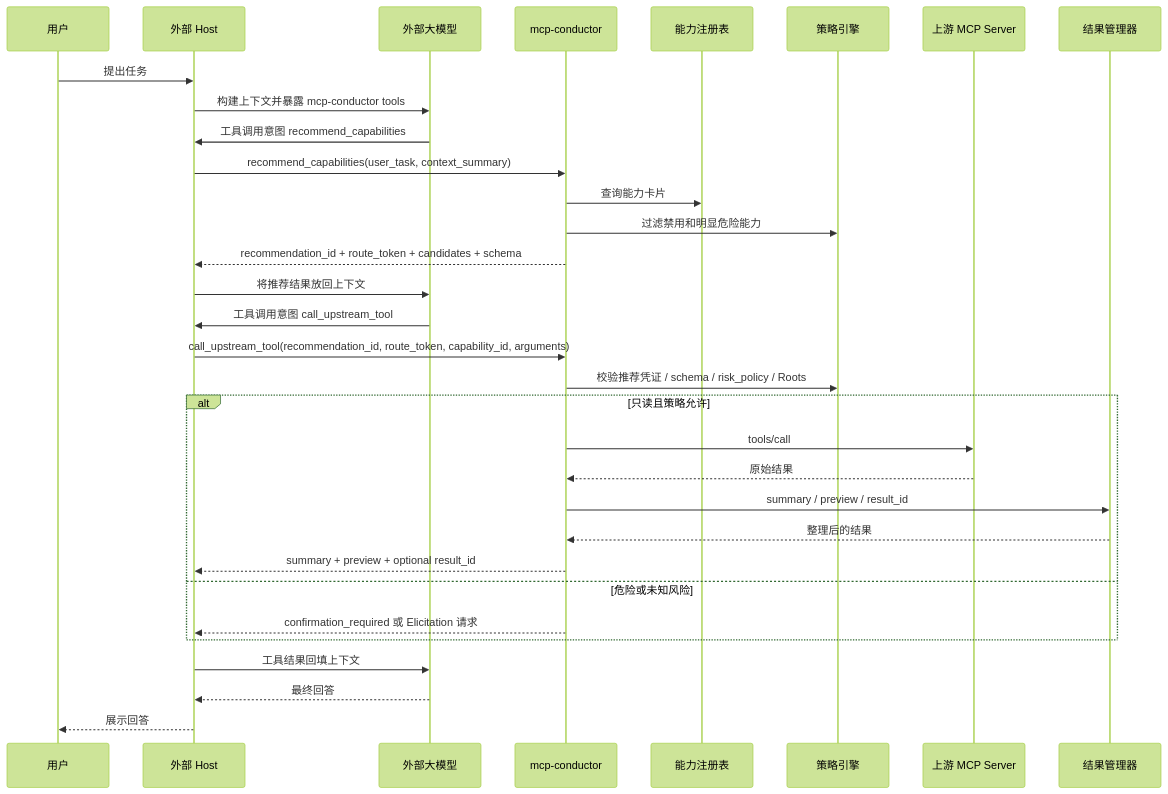
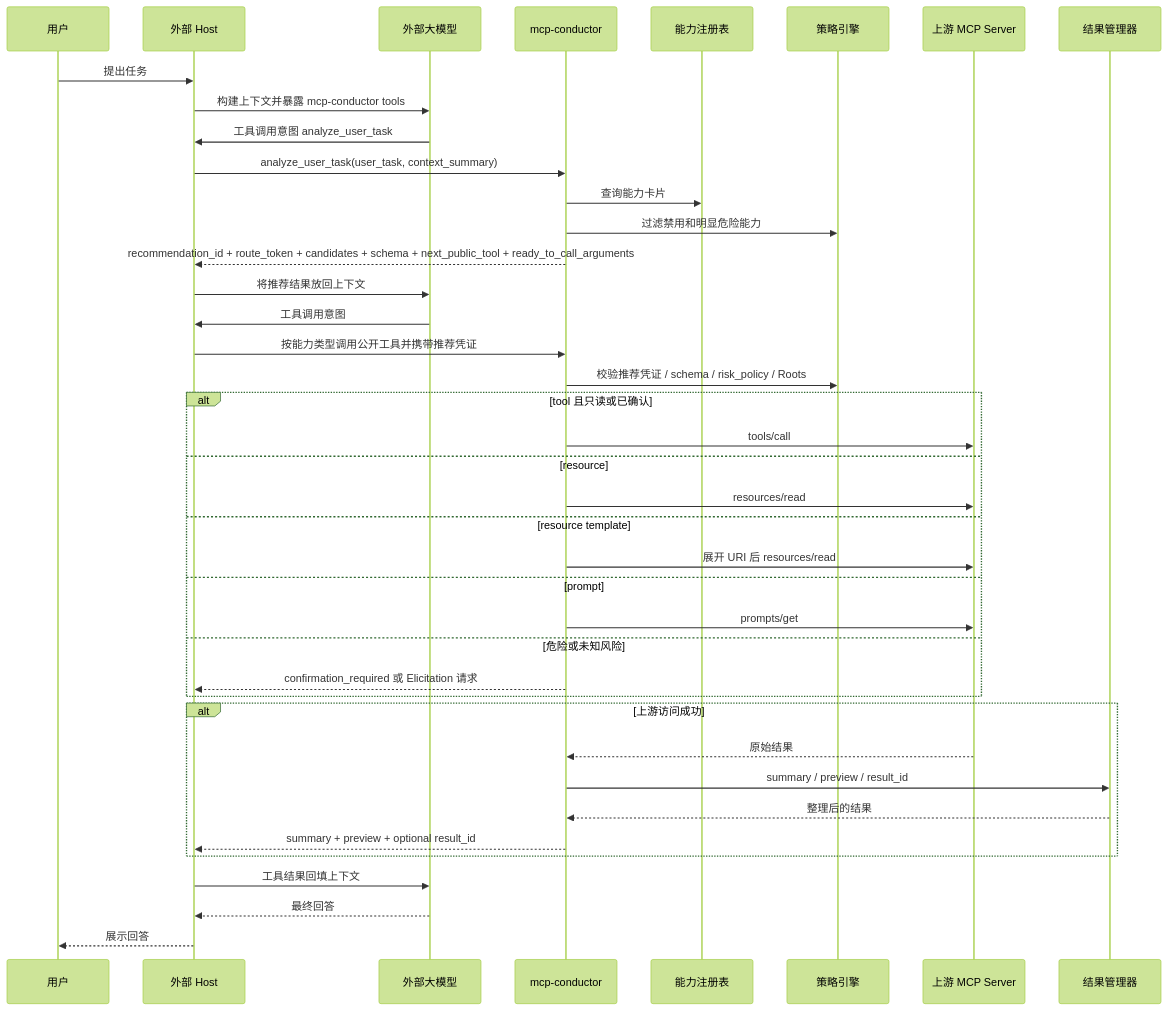
Before and after one commit to TangRj-Git/mcp-conductor: the fourth of 8 diagrams in docs/project-structure/02-final-architecture-diagram.md, drawn with Mermaid (forest theme). The commit also changed other lines of this file and 78 other files, not shown here.

````diff
--- a/docs/project-structure/02-final-architecture-diagram.md
+++ b/docs/project-structure/02-final-architecture-diagram.md
@@ -147,39 +162,48 @@
 ```mermaid
 sequenceDiagram
     participant User as 用户
     participant Host as 外部 Host
     participant Model as 外部大模型
     participant Conductor as mcp-conductor
     participant Registry as 能力注册表
     participant Policy as 策略引擎
     participant Upstream as 上游 MCP Server
     participant Results as 结果管理器
 
     User->>Host: 提出任务
     Host->>Model: 构建上下文并暴露 mcp-conductor tools
-    Model->>Host: 工具调用意图 recommend_capabilities
-    Host->>Conductor: recommend_capabilities(user_task, context_summary)
+    Model->>Host: 工具调用意图 analyze_user_task
+    Host->>Conductor: analyze_user_task(user_task, context_summary)
     Conductor->>Registry: 查询能力卡片
     Conductor->>Policy: 过滤禁用和明显危险能力
-    Conductor-->>Host: recommendation_id + route_token + candidates + schema
+    Conductor-->>Host: recommendation_id + route_token + candidates + schema + next_public_tool + ready_to_call_arguments
 
     Host->>Model: 将推荐结果放回上下文
-    Model->>Host: 工具调用意图 call_upstream_tool
-    Host->>Conductor: call_upstream_tool(recommendation_id, route_token, capability_id, arguments)
+    Model->>Host: 工具调用意图
+    Host->>Conductor: 按能力类型调用公开工具并携带推荐凭证
 
     Conductor->>Policy: 校验推荐凭证 / schema / risk_policy / Roots
 
-    alt 只读且策略允许
+    alt tool 且只读或已确认
         Conductor->>Upstream: tools/call
+    else resource
+        Conductor->>Upstream: resources/read
+    else resource template
+        Conductor->>Upstream: 展开 URI 后 resources/read
+    else prompt
+        Conductor->>Upstream: prompts/get
+    else 危险或未知风险
+        Conductor-->>Host: confirmation_required 或 Elicitation 请求
+    end
+
+    alt 上游访问成功
         Upstream-->>Conductor: 原始结果
         Conductor->>Results: summary / preview / result_id
         Results-->>Conductor: 整理后的结果
         Conductor-->>Host: summary + preview + optional result_id
-    else 危险或未知风险
-        Conductor-->>Host: confirmation_required 或 Elicitation 请求
     end
 
     Host->>Model: 工具结果回填上下文
     Model-->>Host: 最终回答
     Host-->>User: 展示回答
 ```
````
